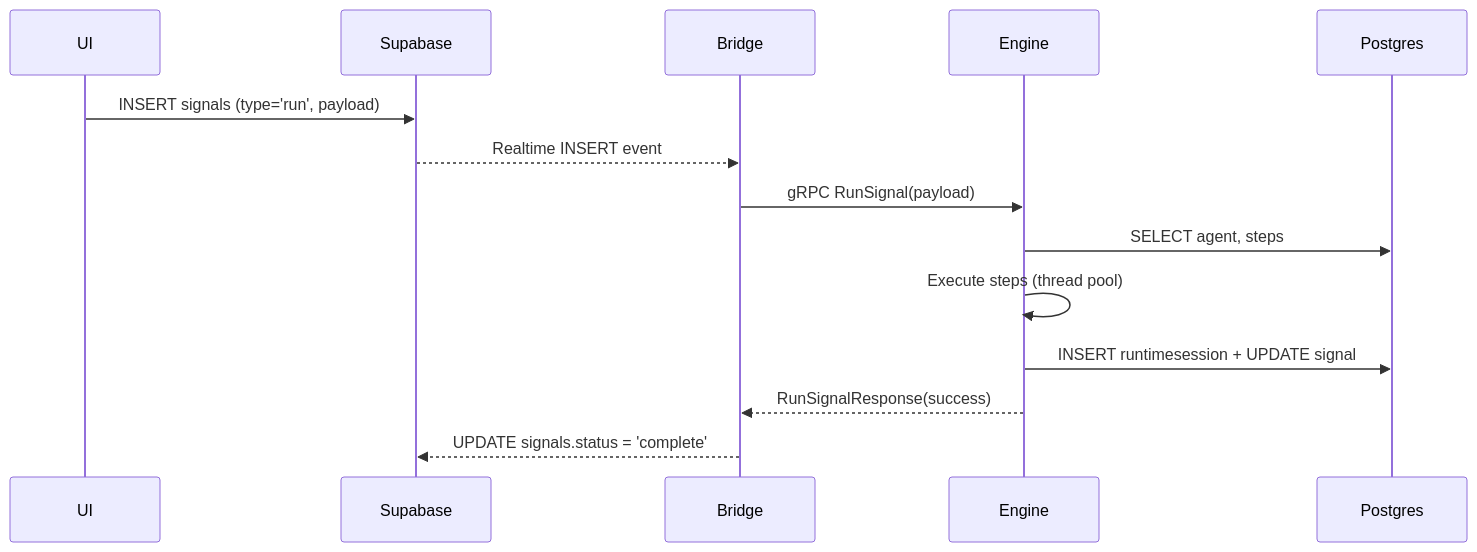
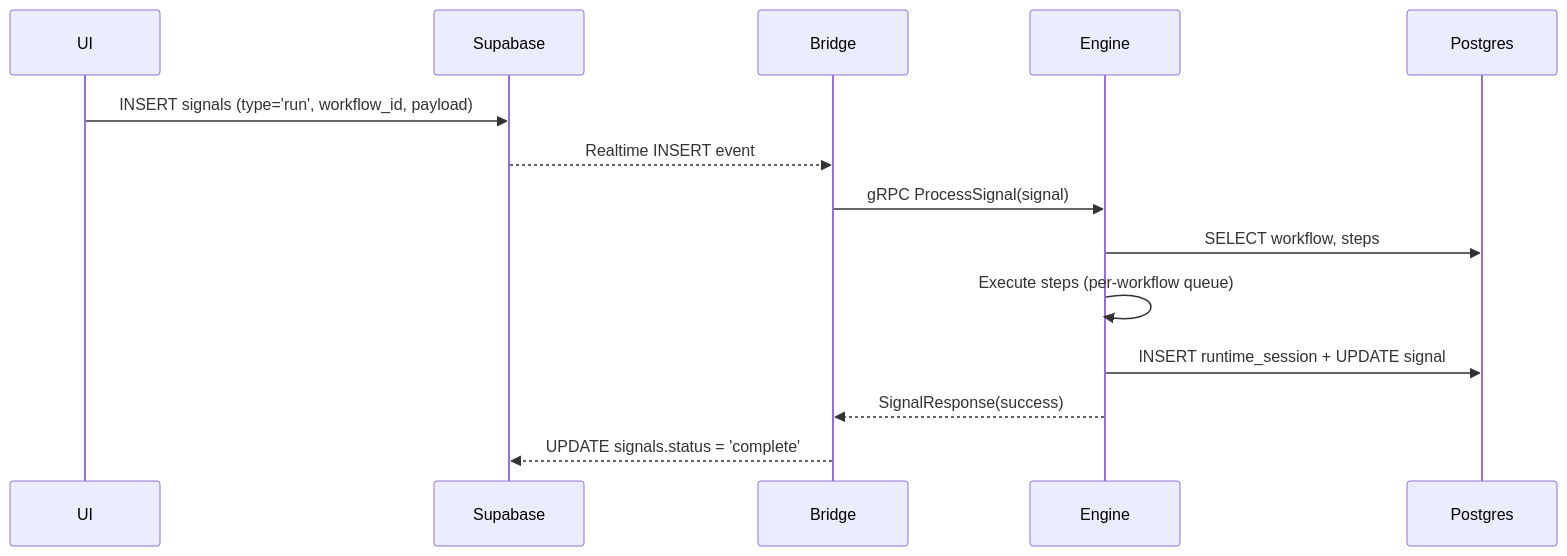
The first of 3 diagrams in docs/02-architecture/data-flow.md (Stoa-Medical/Portico), drawn with Mermaid before and after one commit. The commit also changed other lines of this file and 5 other files, not shown here.

Commit message:
docs(architecture): Update workflow and signal references; clarify agent and workflow roles

````diff
--- a/docs/02-architecture/data-flow.md
+++ b/docs/02-architecture/data-flow.md
@@ -5,17 +5,17 @@
 ```mermaid
 sequenceDiagram
   participant UI
   participant Supabase
   participant Bridge
   participant Engine
   participant DB as Postgres
 
-  UI->>Supabase: INSERT signals (type='run', payload)
+  UI->>Supabase: INSERT signals (type='run', workflow_id, payload)
   Supabase-->>Bridge: Realtime INSERT event
-  Bridge->>Engine: gRPC RunSignal(payload)
-  Engine->>DB: SELECT agent, steps
-  Engine->>Engine: Execute steps (thread pool)
-  Engine->>DB: INSERT runtimesession + UPDATE signal
-  Engine-->>Bridge: RunSignalResponse(success)
+  Bridge->>Engine: gRPC ProcessSignal(signal)
+  Engine->>DB: SELECT workflow, steps
+  Engine->>Engine: Execute steps (per-workflow queue)
+  Engine->>DB: INSERT runtime_session + UPDATE signal
+  Engine-->>Bridge: SignalResponse(success)
   Bridge-->>Supabase: UPDATE signals.status = 'complete'
 ```
````
